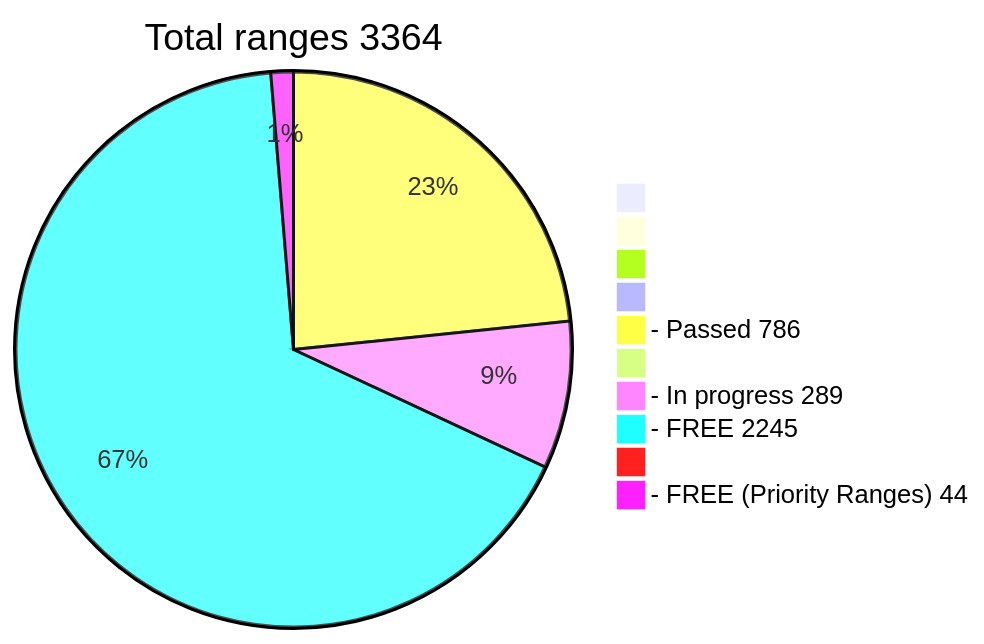
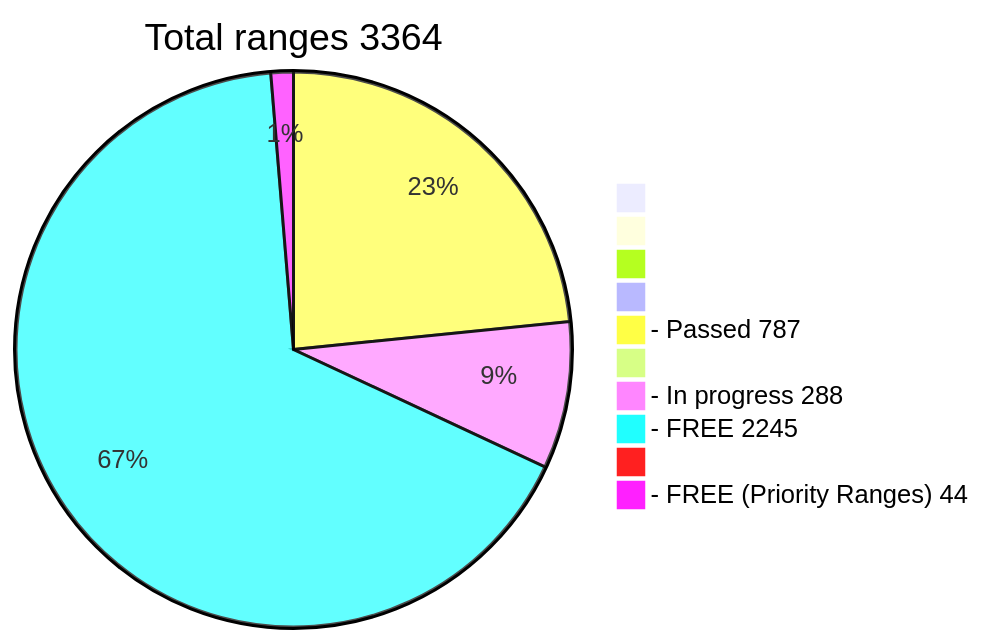
The diagram in README.md (phrutis/wif500), drawn with Mermaid before and after one commit.

````diff
--- a/README.md
+++ b/README.md
@@ -16,13 +16,13 @@
 ```mermaid
 pie title Total ranges 3364
              " " : 0
             "  " : 0
            "   " : 0
           "    " : 0
-  "- Passed 786" : 786
+  "- Passed 787" : 787
          "     " : 0
-  "- In progress 289" : 289
+  "- In progress 288" : 288
    "- FREE 2245" : 2245
         "      " : 0
   "- FREE (Priority Ranges) 44" : 44
 ```
````
